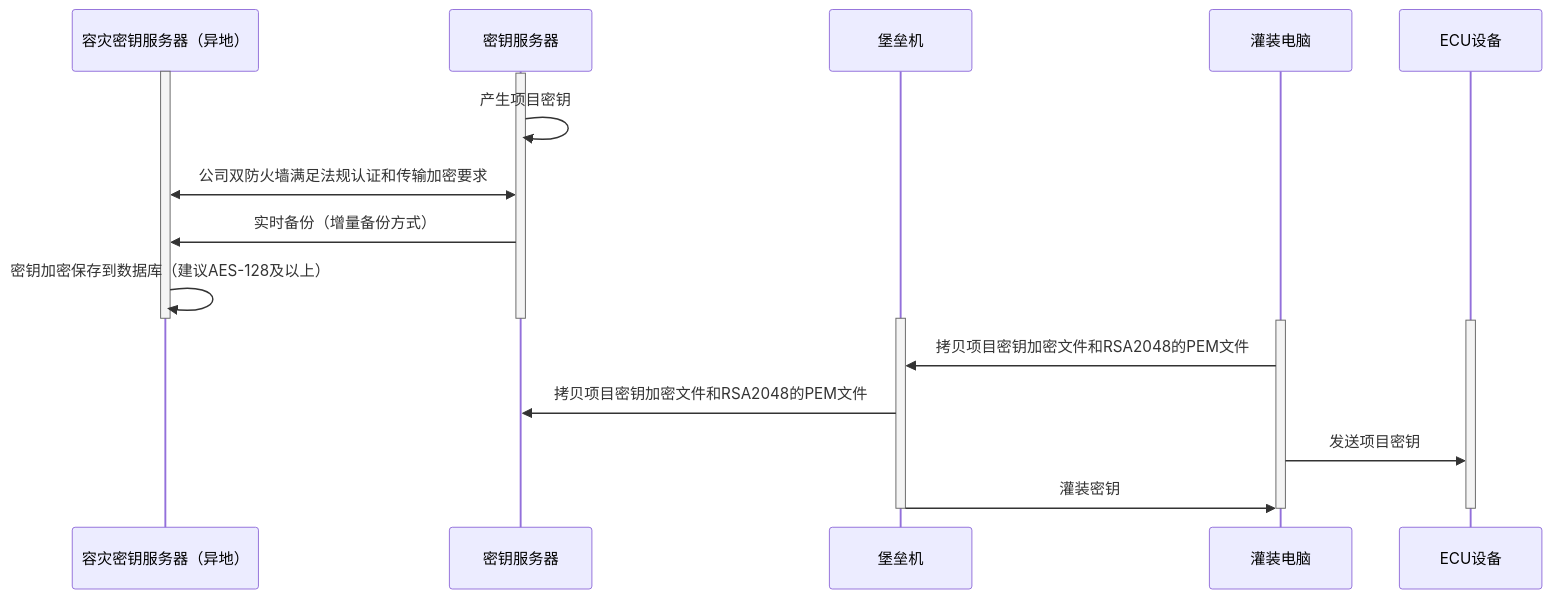
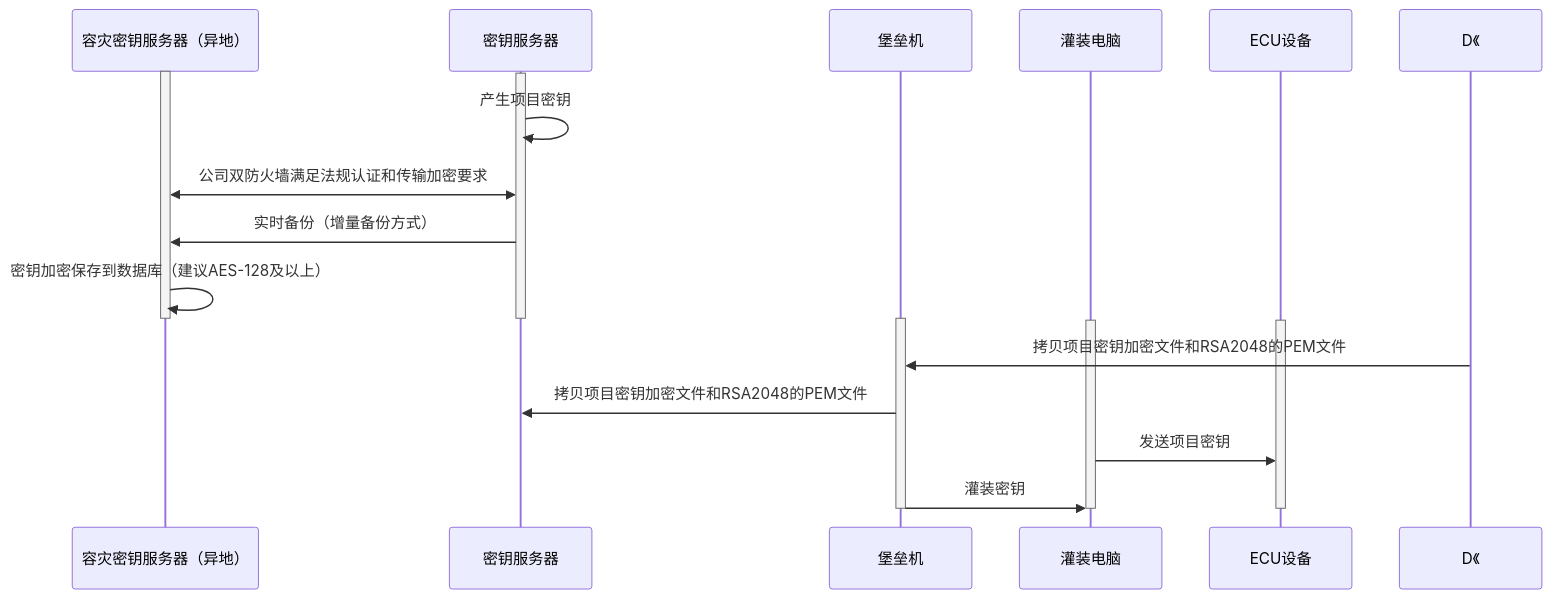
Before and after one commit to facebook-cloud/iodraw-files: the diagram in all/未命名-15.md, drawn with Mermaid.

Commit message:
2026-02-07 10:15:17 update

````diff
--- a/all/未命名-15.md
+++ b/all/未命名-15.md
@@ -1,33 +1,31 @@
 ```mermaid
 sequenceDiagram
     participant A as 容灾密钥服务器（异地）
     participant B as 密钥服务器
     participant C as 堡垒机
     participant D as 灌装电脑
     participant E as ECU设备
 
     activate A
     activate B
     B->>B: 产生项目密钥
     A<<->>B: 公司双防火墙满足法规认证和传输加密要求
     B->>A: 实时备份（增量备份方式）
     A->>A: 密钥加密保存到数据库（建议AES-128及以上）
     deactivate B
     deactivate A
 
     activate C
     activate D
     activate E
 
-    D->>C: 拷贝项目密钥加密文件和RSA2048的PEM文件
+    D《->>C: 拷贝项目密钥加密文件和RSA2048的PEM文件
     C->>B: 拷贝项目密钥加密文件和RSA2048的PEM文件
     D->>E: 发送项目密钥
-
-
     
     C->>D: 灌装密钥
     deactivate C
     deactivate D
     deactivate E
 
 ```
````
